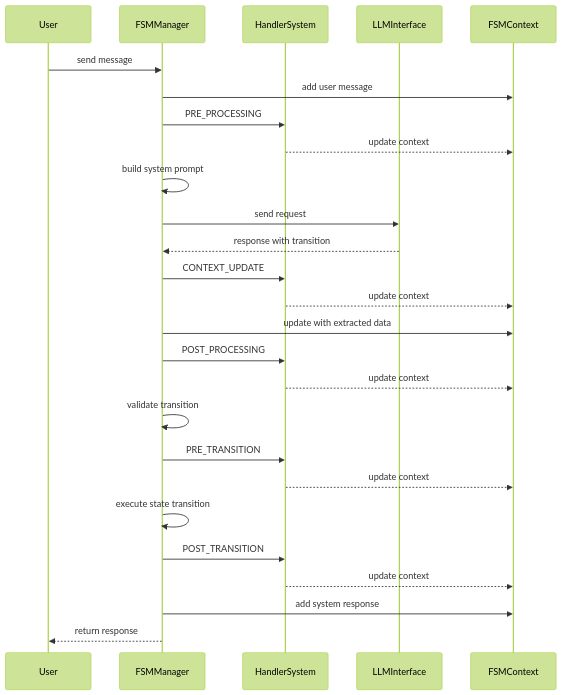
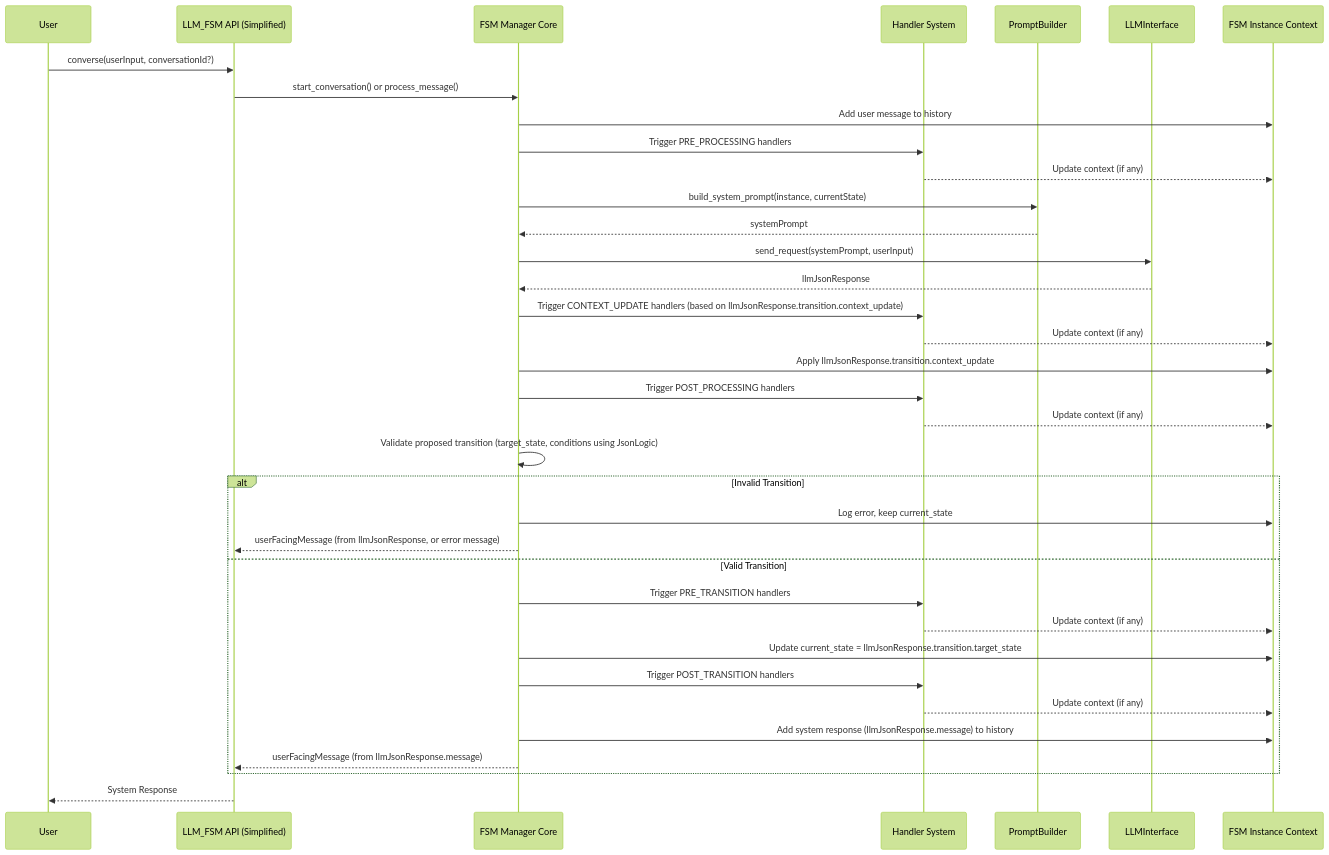
Before and after one commit to NikolasMarkou/fsm_llm: the second of 3 diagrams in LLM.md, drawn with Mermaid (forest theme). The commit also changed other lines of this file, not shown here.

````diff
--- a/LLM.md
+++ b/LLM.md
@@ -182,39 +240,46 @@
 ```mermaid
 sequenceDiagram
     participant User
-    participant FSMManager
-    participant HandlerSystem
+    participant LLM_FSM_API as LLM_FSM API (Simplified)
+    participant FSMManager as FSM Manager Core
+    participant HandlerSystem as Handler System
+    participant PromptBuilder
     participant LLMInterface
-    participant FSMContext
-    
-    User->>FSMManager: send message
-    FSMManager->>FSMContext: add user message
-    FSMManager->>HandlerSystem: PRE_PROCESSING
-    HandlerSystem-->>FSMContext: update context
-    
-    FSMManager->>FSMManager: build system prompt
-    FSMManager->>LLMInterface: send request
-    
-    LLMInterface-->>FSMManager: response with transition
-    
-    FSMManager->>HandlerSystem: CONTEXT_UPDATE
-    HandlerSystem-->>FSMContext: update context
-    
-    FSMManager->>FSMContext: update with extracted data
-    
-    FSMManager->>HandlerSystem: POST_PROCESSING
-    HandlerSystem-->>FSMContext: update context
-    
-    FSMManager->>FSMManager: validate transition
-    
-    FSMManager->>HandlerSystem: PRE_TRANSITION
-    HandlerSystem-->>FSMContext: update context
-    
-    FSMManager->>FSMManager: execute state transition
-    
-    FSMManager->>HandlerSystem: POST_TRANSITION
-    HandlerSystem-->>FSMContext: update context
-    
-    FSMManager->>FSMContext: add system response
-    FSMManager-->>User: return response
+    participant FSMContext as FSM Instance Context
+
+    User->>LLM_FSM_API: converse(userInput, conversationId?)
+    LLM_FSM_API->>FSMManager: start_conversation() or process_message()
+    FSMManager->>FSMContext: Add user message to history
+    FSMManager->>HandlerSystem: Trigger PRE_PROCESSING handlers
+    HandlerSystem-->>FSMContext: Update context (if any)
+
+    FSMManager->>PromptBuilder: build_system_prompt(instance, currentState)
+    PromptBuilder-->>FSMManager: systemPrompt
+    FSMManager->>LLMInterface: send_request(systemPrompt, userInput)
+    LLMInterface-->>FSMManager: llmJsonResponse
+
+    FSMManager->>HandlerSystem: Trigger CONTEXT_UPDATE handlers (based on llmJsonResponse.transition.context_update)
+    HandlerSystem-->>FSMContext: Update context (if any)
+    FSMManager->>FSMContext: Apply llmJsonResponse.transition.context_update
+
+    FSMManager->>HandlerSystem: Trigger POST_PROCESSING handlers
+    HandlerSystem-->>FSMContext: Update context (if any)
+
+    FSMManager->>FSMManager: Validate proposed transition (target_state, conditions using JsonLogic)
+    alt Invalid Transition
+        FSMManager->>FSMContext: Log error, keep current_state
+        FSMManager-->>LLM_FSM_API: userFacingMessage (from llmJsonResponse, or error message)
+    else Valid Transition
+        FSMManager->>HandlerSystem: Trigger PRE_TRANSITION handlers
+        HandlerSystem-->>FSMContext: Update context (if any)
+
+        FSMManager->>FSMContext: Update current_state = llmJsonResponse.transition.target_state
+
+        FSMManager->>HandlerSystem: Trigger POST_TRANSITION handlers
+        HandlerSystem-->>FSMContext: Update context (if any)
+
+        FSMManager->>FSMContext: Add system response (llmJsonResponse.message) to history
+        FSMManager-->>LLM_FSM_API: userFacingMessage (from llmJsonResponse.message)
+    end
+    LLM_FSM_API-->>User: System Response
 ```
````
